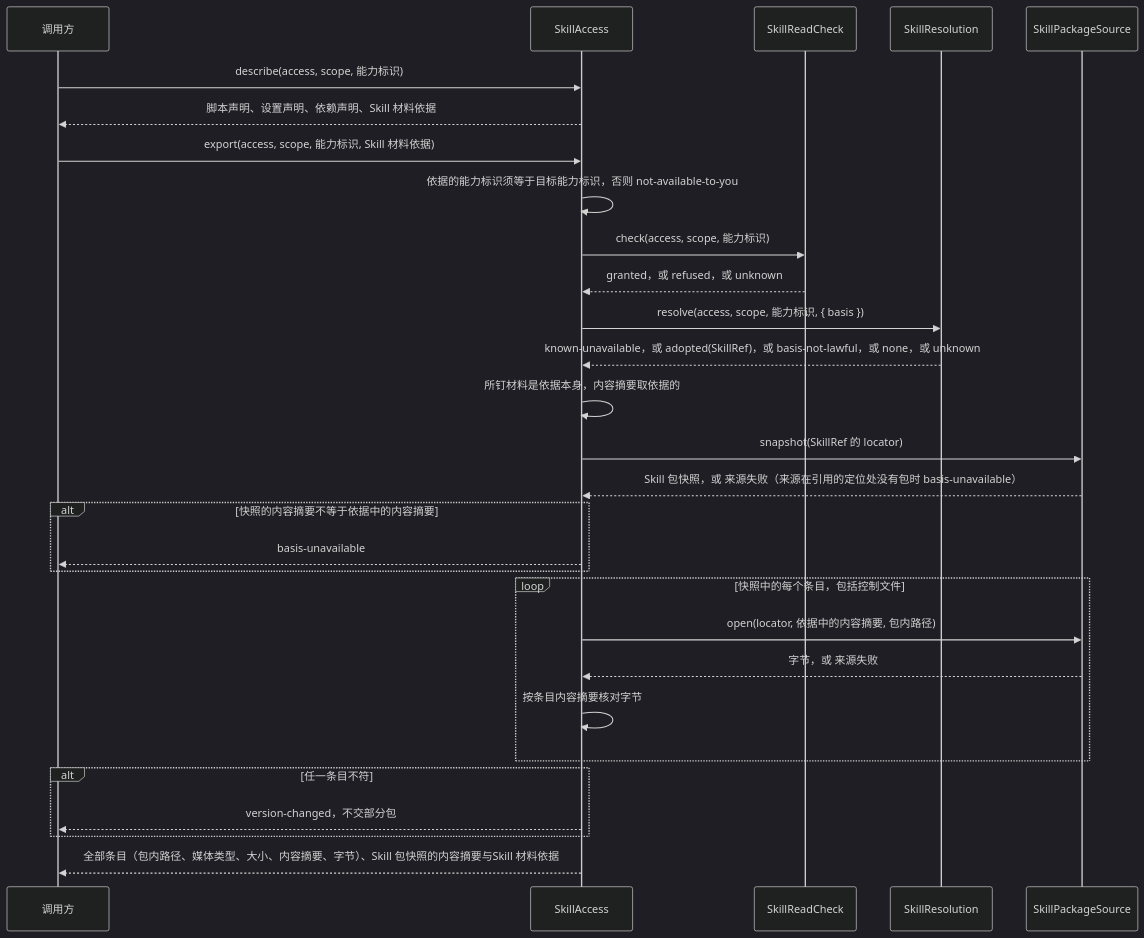
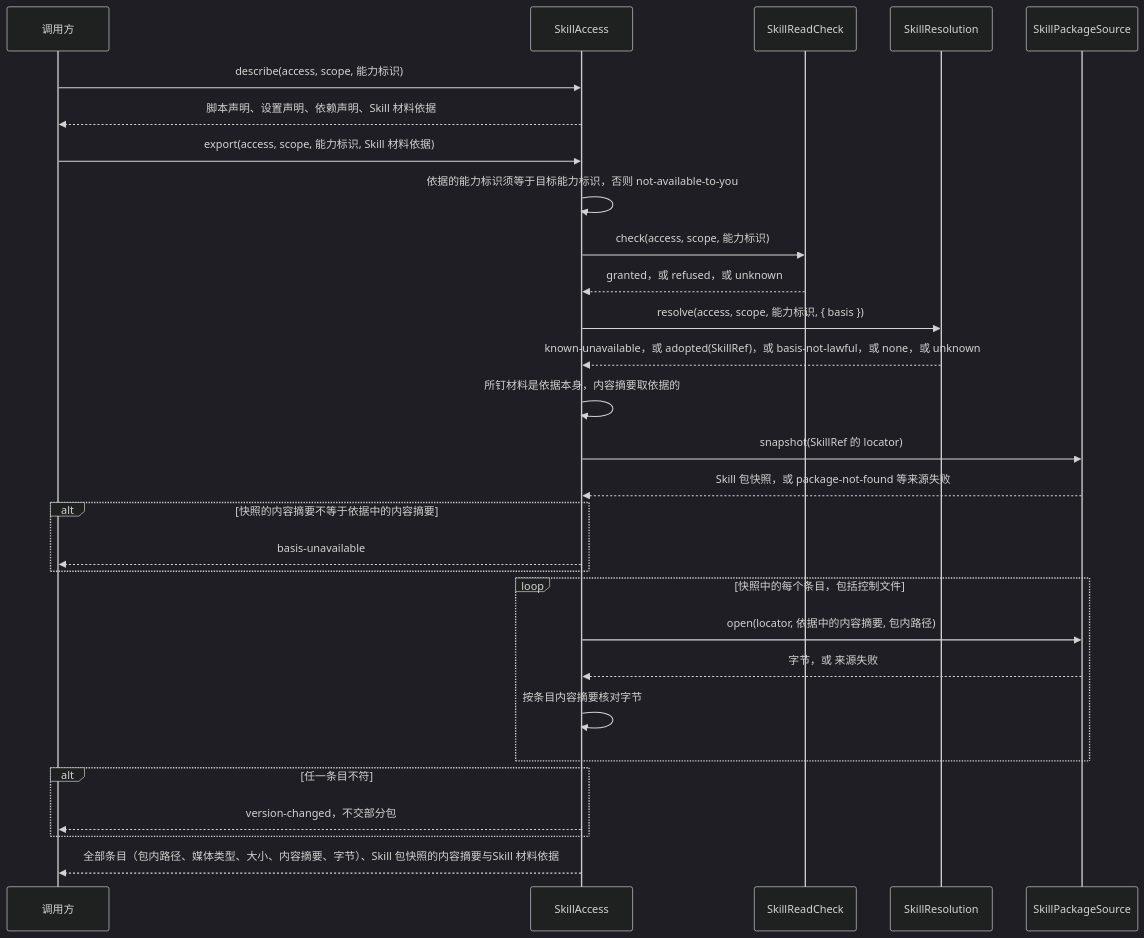
Before and after one commit to nemori-ai/omne-harness-lite: the fourth of 4 diagrams in packages/skills/docs/key-flows.md, drawn with Mermaid (dark theme). The commit also changed other lines of this file and 5 other files, not shown here.

````diff
--- a/packages/skills/docs/key-flows.md
+++ b/packages/skills/docs/key-flows.md
@@ -172,31 +172,31 @@
 ```mermaid
 sequenceDiagram
   participant C as 调用方
   participant A as SkillAccess
   participant E as SkillReadCheck
   participant V as SkillResolution
   participant S as SkillPackageSource
   C->>A: describe(access, scope, 能力标识)
   A-->>C: 脚本声明、设置声明、依赖声明、Skill 材料依据
   C->>A: export(access, scope, 能力标识, Skill 材料依据)
   A->>A: 依据的能力标识须等于目标能力标识，否则 not-available-to-you
   A->>E: check(access, scope, 能力标识)
   E-->>A: granted，或 refused，或 unknown
   A->>V: resolve(access, scope, 能力标识, { basis })
   V-->>A: known-unavailable，或 adopted(SkillRef)，或 basis-not-lawful，或 none，或 unknown
   A->>A: 所钉材料是依据本身，内容摘要取依据的
   A->>S: snapshot(SkillRef 的 locator)
-  S-->>A: Skill 包快照，或 来源失败（来源在引用的定位处没有包时 basis-unavailable）
+  S-->>A: Skill 包快照，或 package-not-found 等来源失败
   alt 快照的内容摘要不等于依据中的内容摘要
     A-->>C: basis-unavailable
   end
   loop 快照中的每个条目，包括控制文件
     A->>S: open(locator, 依据中的内容摘要, 包内路径)
     S-->>A: 字节，或 来源失败
     A->>A: 按条目内容摘要核对字节
   end
   alt 任一条目不符
     A-->>C: version-changed，不交部分包
   end
   A-->>C: 全部条目（包内路径、媒体类型、大小、内容摘要、字节）、Skill 包快照的内容摘要与Skill 材料依据
 ```
````
